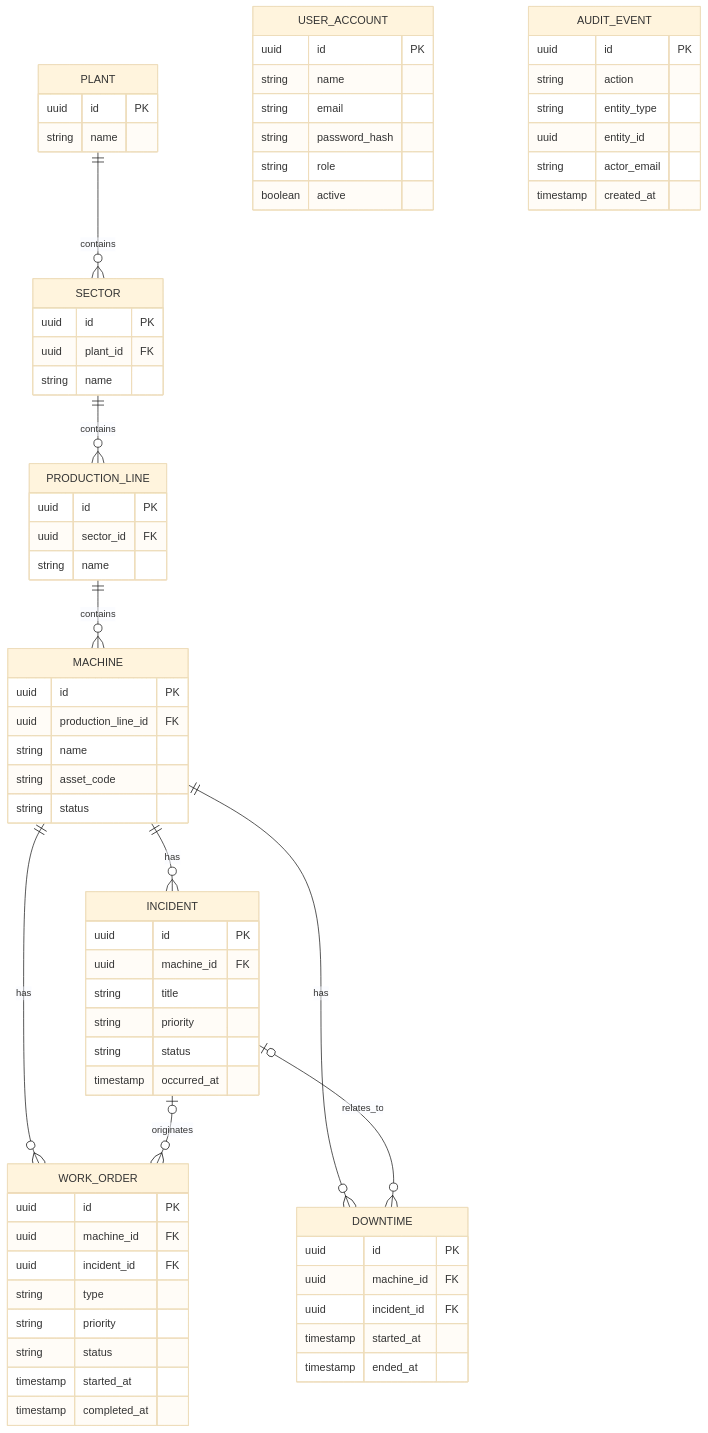
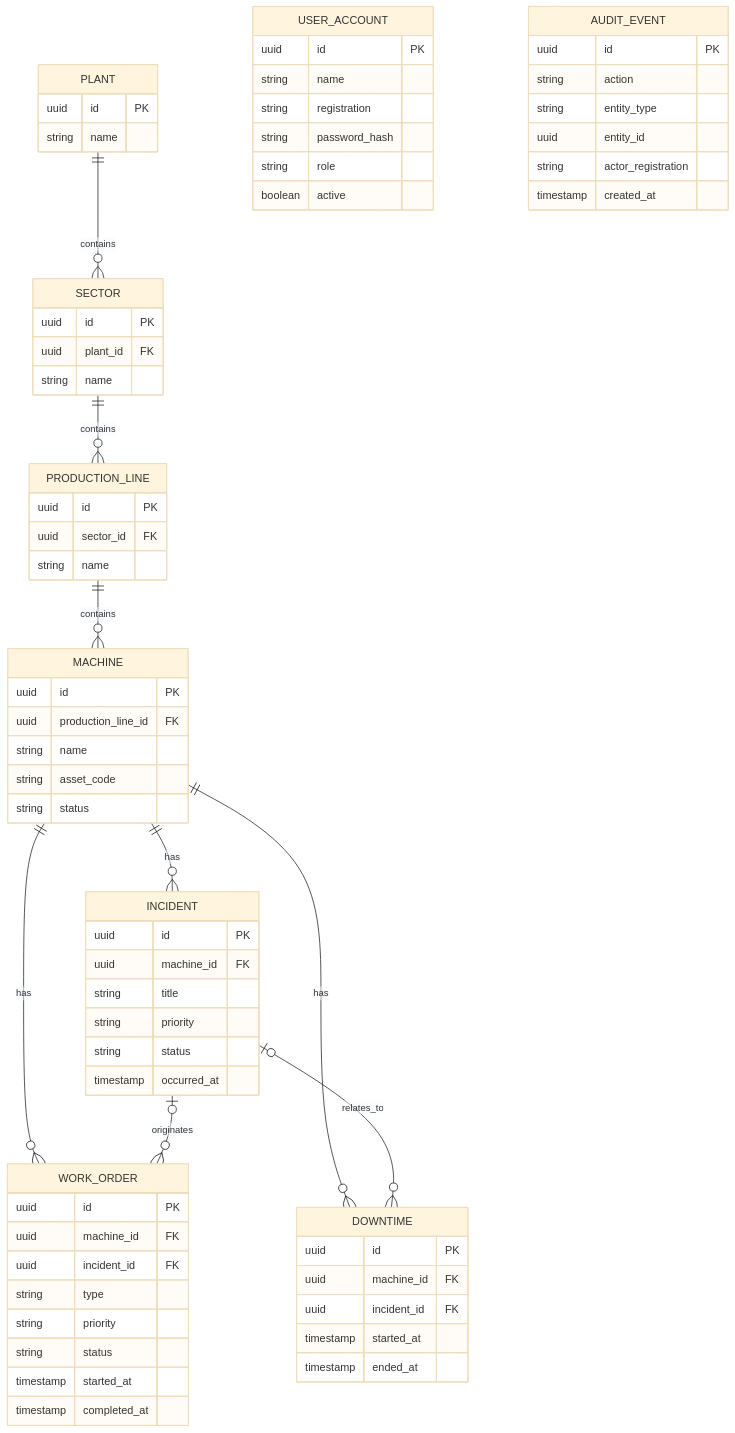
Before and after one commit to SamaraKonkol/LinePulse: the diagram in docs/domain-model.md, drawn with Mermaid (base theme). The commit also changed other lines of this file and 27 other files, not shown here.

````diff
--- a/docs/domain-model.md
+++ b/docs/domain-model.md
@@ -18,7 +18,7 @@
     USER_ACCOUNT {
         uuid id PK
         string name
-        string email
+        string registration
         string password_hash
         string role
         boolean active
@@ -82,7 +82,7 @@
         string action
         string entity_type
         uuid entity_id
-        string actor_email
+        string actor_registration
         timestamp created_at
     }
 ```
````
